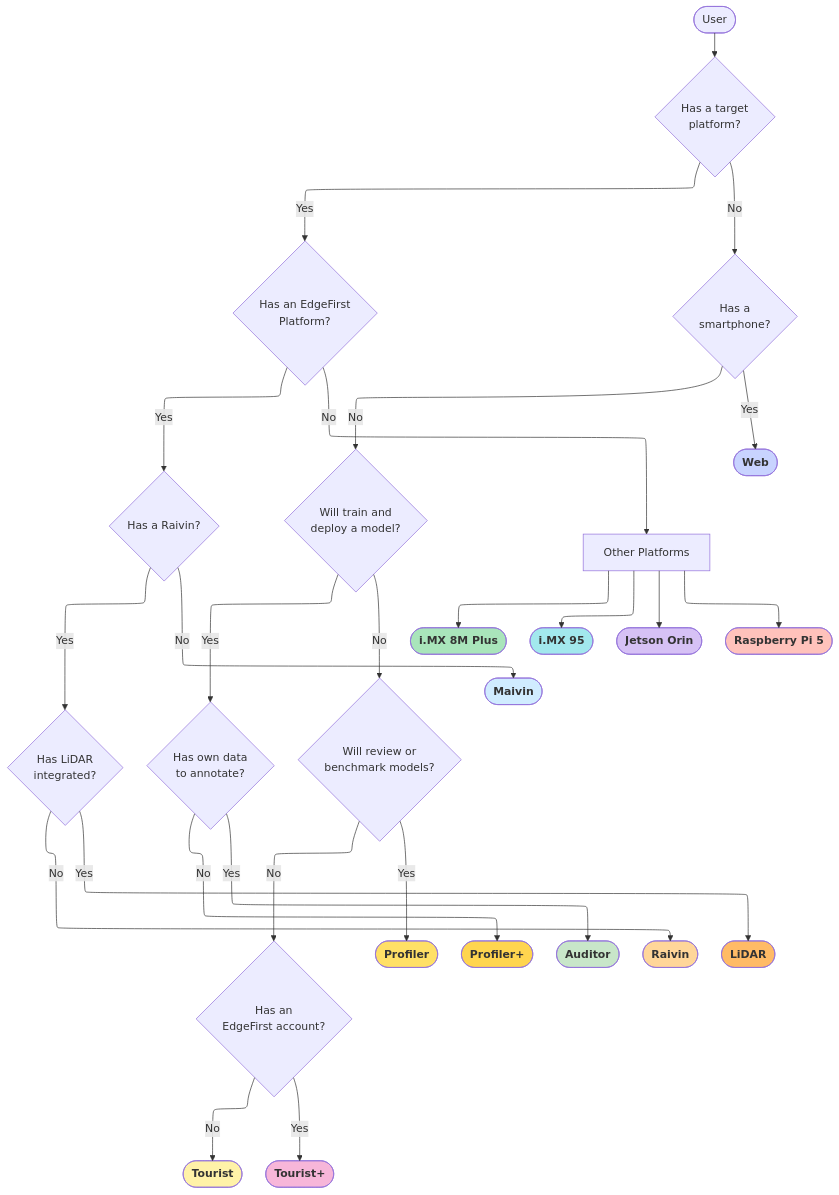
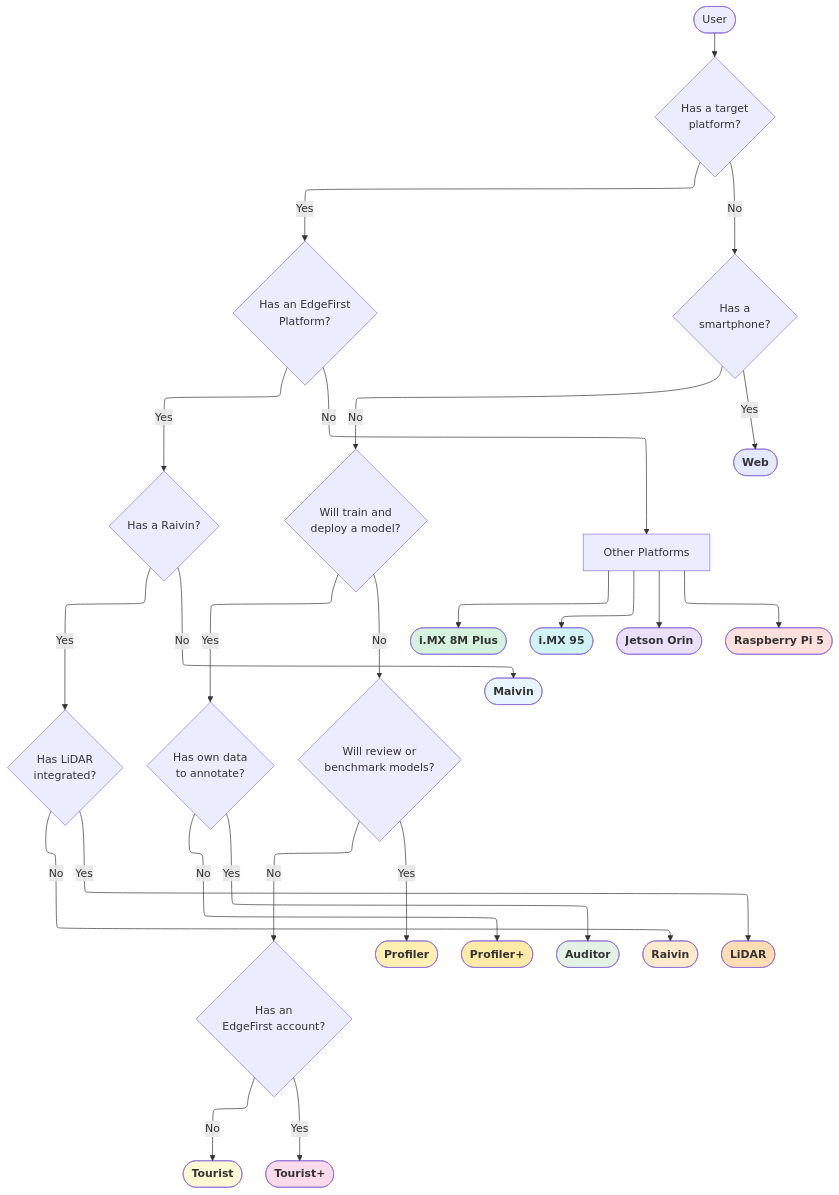
Before and after one commit to EdgeFirstAI/documentation: the first of 2 diagrams in docs/getting_started/workflows/index.md, drawn with Mermaid. The commit also changed other lines of this file and 3 other files, not shown here.

First line of the commit message:
DE-2667: Improve dark-mode theming for diagrams and admonitions

````diff
--- a/docs/getting_started/workflows/index.md
+++ b/docs/getting_started/workflows/index.md
@@ -16,71 +16,71 @@
 ```mermaid
 %%{init: {"flowchart": {"defaultRenderer": "elk"}} }%%
 flowchart TD
     %% Node definitions
     user([User])
     has_platform{Has a target\nplatform?}
     has_edgefirst{Has an EdgeFirst\nPlatform?}
     raivin_platform{Has a Raivin?}
     with_lidar{Has LiDAR\nintegrated?}
     has_smartphone{Has a\nsmartphone?}
     wants_to_train{Will train and\ndeploy a model?}
     wants_to_annotate{Has own data\nto annotate?}
     wants_to_benchmark{Will review or\nbenchmark models?}
     has_account{Has an\nEdgeFirst account?}
     other_platforms[Other Platforms]
 
     tourist([Tourist]):::yellow
     tourist_plus([Tourist+]):::pink
     profiler_user([Profiler]):::gold
     profiler_plus_user([Profiler+]):::amber
     auditor_user([Auditor]):::sage
     web_user([Web]):::indigo
     maivin_user([Maivin]):::blue
     raivin_user([Raivin]):::orange
     raivin_lidar_user([LiDAR]):::darker_orange
     imx8mp_user([i.MX 8M Plus]):::green
     imx95_user([i.MX 95]):::teal
     orin_user([Jetson Orin]):::purple
     pi_user([Raspberry Pi 5]):::coral
 
-    classDef yellow fill:#fff2a8,font-weight:bold;
-    classDef pink fill:#f7b6d9,font-weight:bold;
-    classDef gold fill:#ffe066,font-weight:bold;
-    classDef amber fill:#ffd54f,font-weight:bold;
-    classDef sage fill:#c8e6c9,font-weight:bold;
-    classDef indigo fill:#c8d3ff,font-weight:bold;
-    classDef blue fill:#d0ecff,font-weight:bold;
-    classDef teal fill:#a2e8ed,font-weight:bold;
-    classDef orange fill:#ffd699,font-weight:bold;
-    classDef darker_orange fill:#ffbb66,font-weight:bold;
-    classDef green fill:#a9e5bb,font-weight:bold;
-    classDef purple fill:#d6c1f5,font-weight:bold;
-    classDef coral fill:#ffc2bb,font-weight:bold;
+    classDef yellow fill:#fff2a880,font-weight:bold;
+    classDef pink fill:#f7b6d980,font-weight:bold;
+    classDef gold fill:#ffe06680,font-weight:bold;
+    classDef amber fill:#ffd54f80,font-weight:bold;
+    classDef sage fill:#c8e6c980,font-weight:bold;
+    classDef indigo fill:#c8d3ff80,font-weight:bold;
+    classDef blue fill:#d0ecff80,font-weight:bold;
+    classDef teal fill:#a2e8ed80,font-weight:bold;
+    classDef orange fill:#ffd69980,font-weight:bold;
+    classDef darker_orange fill:#ffbb6680,font-weight:bold;
+    classDef green fill:#a9e5bb80,font-weight:bold;
+    classDef purple fill:#d6c1f580,font-weight:bold;
+    classDef coral fill:#ffc2bb80,font-weight:bold;
 
     %% Cloud branch
     user --> has_platform
     has_platform -- No --> has_smartphone
     has_smartphone -- Yes --> web_user
     has_smartphone -- No --> wants_to_train
     wants_to_train -- Yes --> wants_to_annotate
     wants_to_annotate -- Yes --> auditor_user
     wants_to_annotate -- No --> profiler_plus_user
     wants_to_train -- No --> wants_to_benchmark
     wants_to_benchmark -- Yes --> profiler_user
     wants_to_benchmark -- No --> has_account
     has_account -- Yes --> tourist_plus
     has_account -- No --> tourist
 
     %% Hardware branch
     has_platform -- Yes --> has_edgefirst
     has_edgefirst -- Yes --> raivin_platform
     has_edgefirst -- No --> other_platforms
     other_platforms --> imx8mp_user
     other_platforms --> imx95_user
     other_platforms --> orin_user
     other_platforms --> pi_user
     raivin_platform -- Yes --> with_lidar
     with_lidar -- Yes --> raivin_lidar_user
     with_lidar -- No --> raivin_user
     raivin_platform -- No --> maivin_user
 ```
````
